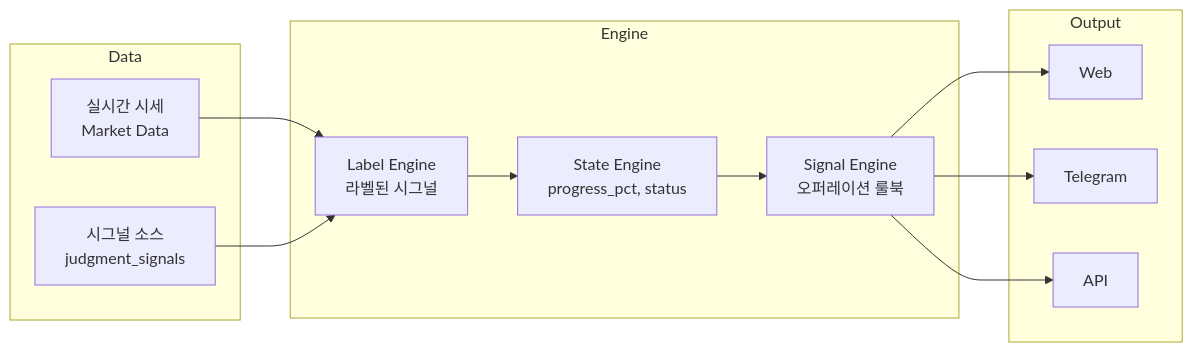
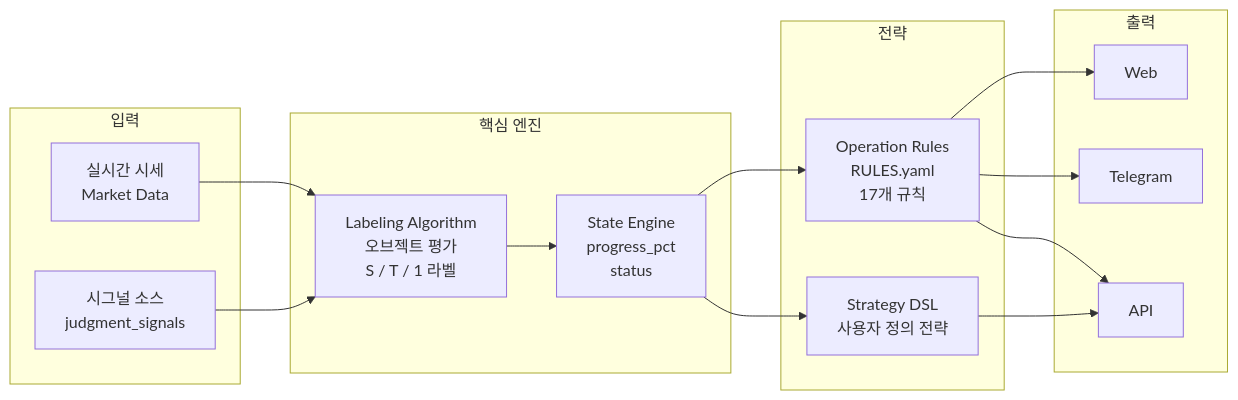
The first of 5 diagrams in diagrams/system_flow.md (gigshow/decker-ai-strategy-builder), drawn with Mermaid before and after one commit. The commit also changed other lines of this file and 9 other files, not shown here.

First line of the commit message:
docs(v3): AI Market State Engine 아키텍처 재구조화

````diff
--- a/diagrams/system_flow.md
+++ b/diagrams/system_flow.md
@@ -7,25 +7,33 @@
 ```mermaid
 flowchart LR
-    subgraph Data
+    subgraph Input[입력]
         MarketData[실시간 시세<br/>Market Data]
         SignalSource[시그널 소스<br/>judgment_signals]
     end
-    subgraph Engine
-        LabelEngine[Label Engine<br/>라벨된 시그널]
-        StateEngine[State Engine<br/>progress_pct, status]
-        SignalEngine[Signal Engine<br/>오퍼레이션 룰북]
+
+    subgraph Core[핵심 엔진]
+        LabelAlgo[Labeling Algorithm<br/>오브젝트 평가<br/>S / T / 1 라벨]
+        StateEngine[State Engine<br/>progress_pct<br/>status]
     end
-    subgraph Output
+
+    subgraph Strategy[전략]
+        OpRules[Operation Rules<br/>RULES.yaml<br/>17개 규칙]
+        DSL[Strategy DSL<br/>사용자 정의 전략]
+    end
+
+    subgraph Output[출력]
         Web[Web]
         Telegram[Telegram]
         API[API]
     end
 
-    MarketData --> LabelEngine
-    SignalSource --> LabelEngine
-    LabelEngine --> StateEngine
-    StateEngine --> SignalEngine
-    SignalEngine --> Web
-    SignalEngine --> Telegram
-    SignalEngine --> API
+    MarketData --> LabelAlgo
+    SignalSource --> LabelAlgo
+    LabelAlgo --> StateEngine
+    StateEngine --> OpRules
+    StateEngine --> DSL
+    OpRules --> Web
+    OpRules --> Telegram
+    OpRules --> API
+    DSL --> API
 ```
````
